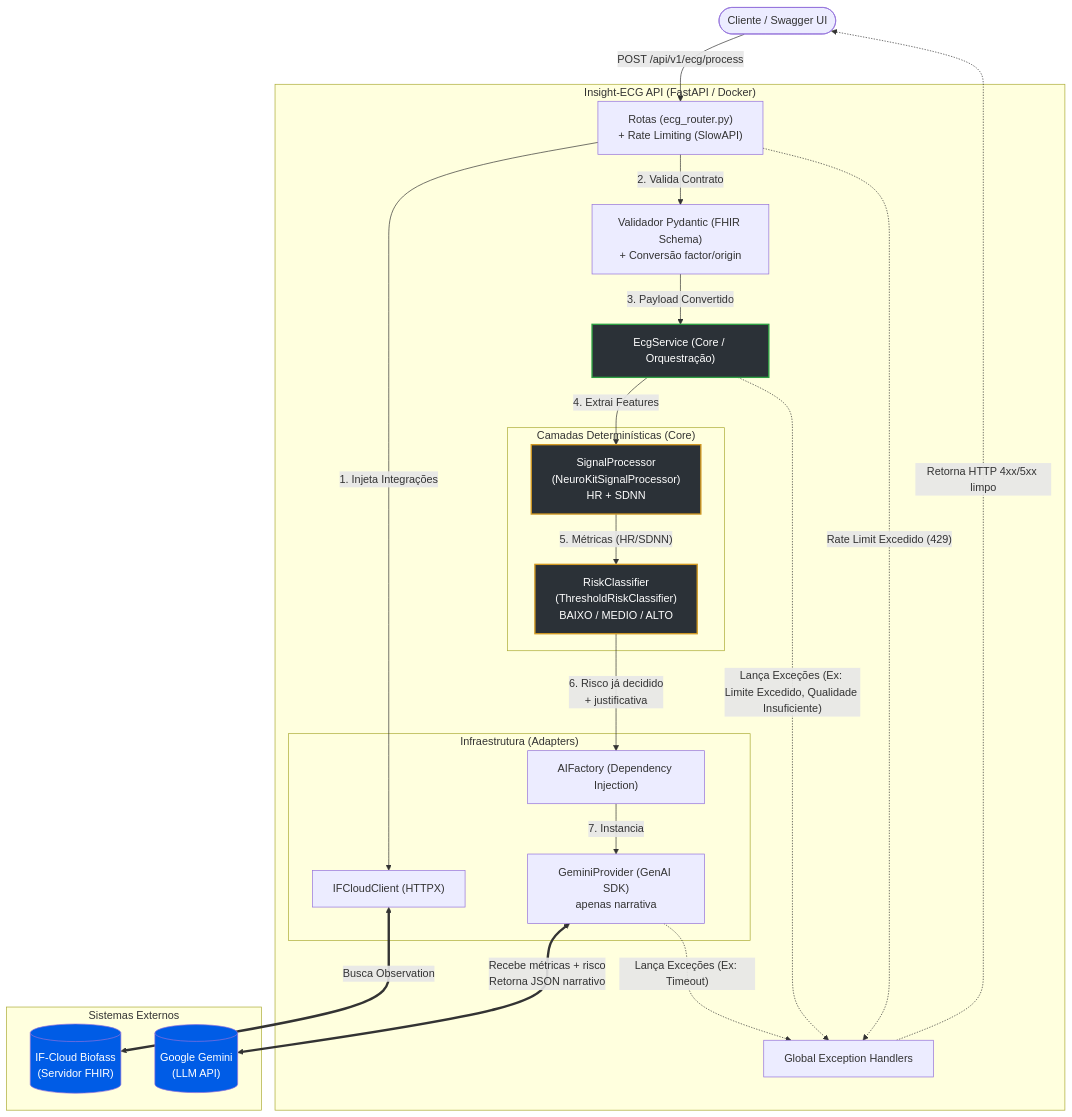
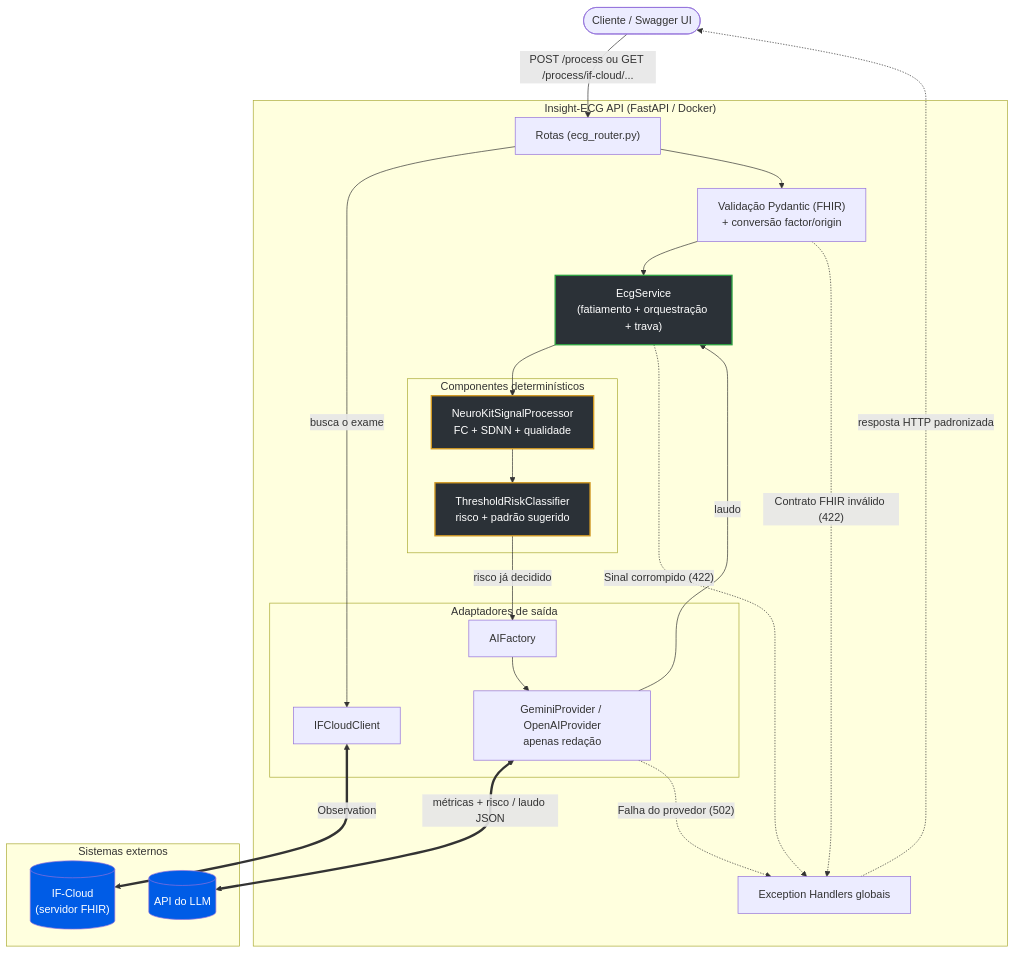
One commit to LeonardoEnnes/poc-insight-ecg-api changed the diagram in README.md. Above: the diagram before and after it, drawn with Mermaid. The commit also changed other lines of this file, not shown here.

````diff
--- a/README.md
+++ b/README.md
@@ -192,60 +194,47 @@
 ```mermaid
 flowchart TD
-    %% Atores / Clientes
     USER([Cliente / Swagger UI])
-    
-    %% Ecossistema da API
+
     subgraph "Insight-ECG API (FastAPI / Docker)"
-        
-        ROUTER["Rotas (ecg_router.py)\n+ Rate Limiting (SlowAPI)"]
-        EXC_HANDLER["Global Exception Handlers"]
-        SCHEMAS["Validador Pydantic (FHIR Schema)\n+ Conversão factor/origin"]
-        SERVICE["EcgService (Core / Orquestração)"]
-        
-        subgraph "Camadas Determinísticas (Core)"
-            DSP["SignalProcessor\n(NeuroKitSignalProcessor)\nHR + SDNN"]
-            RISK["RiskClassifier\n(ThresholdRiskClassifier)\nBAIXO / MEDIO / ALTO"]
+        ROUTER["Rotas (ecg_router.py)"]
+        EXC_HANDLER["Exception Handlers globais"]
+        SCHEMAS["Validação Pydantic (FHIR)\n+ conversão factor/origin"]
+        SERVICE["EcgService\n(fatiamento + orquestração + trava)"]
+
+        subgraph "Componentes determinísticos"
+            DSP["NeuroKitSignalProcessor\nFC + SDNN + qualidade"]
+            RISK["ThresholdRiskClassifier\nrisco + padrão sugerido"]
         end
-        
-        subgraph "Infraestrutura (Adapters)"
-            IF_CLIENT["IFCloudClient (HTTPX)"]
-            IA_FACTORY["AIFactory (Dependency Injection)"]
-            GEMINI_PROV["GeminiProvider (GenAI SDK)\napenas narrativa"]
+
+        subgraph "Adaptadores de saída"
+            IF_CLIENT["IFCloudClient"]
+            IA_FACTORY["AIFactory"]
+            PROVIDERS["GeminiProvider / OpenAIProvider\napenas redação"]
         end
     end
-    
-    %% Ecossistema Externo
-    subgraph "Sistemas Externos"
-        IF_CLOUD[("IF-Cloud Biofass\n(Servidor FHIR)")]
-        GEMINI_API[("Google Gemini\n(LLM API)")]
+
+    subgraph "Sistemas externos"
+        IF_CLOUD[("IF-Cloud\n(servidor FHIR)")]
+        LLM_API[("API do LLM")]
     end
 
-    %% Fluxos de Comunicação
-    USER -- "POST /api/v1/ecg/process" --> ROUTER
-    
-    ROUTER -- "1. Injeta Integrações" --> IF_CLIENT
-    ROUTER -- "2. Valida Contrato" --> SCHEMAS
-    
-    SCHEMAS -- "3. Payload Convertido" --> SERVICE
-    SERVICE -- "4. Extrai Features" --> DSP
-    DSP -- "5. Métricas (HR/SDNN)" --> RISK
-    RISK -- "6. Risco já decidido\n+ justificativa" --> IA_FACTORY
-    IA_FACTORY -- "7. Instancia" --> GEMINI_PROV
-    
-    %% Chamadas de Rede
-    IF_CLIENT <== "Busca Observation" ==> IF_CLOUD
-    GEMINI_PROV <== "Recebe métricas + risco\nRetorna JSON narrativo" ==> GEMINI_API
-    
-    %% Fluxo de Erro
-    SERVICE -. "Lança Exceções (Ex: Limite Excedido, Qualidade Insuficiente)" .-> EXC_HANDLER
-    GEMINI_PROV -. "Lança Exceções (Ex: Timeout)" .-> EXC_HANDLER
-    ROUTER -. "Rate Limit Excedido (429)" .-> EXC_HANDLER
-    EXC_HANDLER -. "Retorna HTTP 4xx/5xx limpo" .-> USER
+    USER -- "POST /process ou GET /process/if-cloud/..." --> ROUTER
+    ROUTER -- "busca o exame" --> IF_CLIENT
+    IF_CLIENT <== "Observation" ==> IF_CLOUD
+    ROUTER --> SCHEMAS --> SERVICE
+    SERVICE --> DSP --> RISK
+    RISK -- "risco já decidido" --> IA_FACTORY --> PROVIDERS
+    PROVIDERS <== "métricas + risco / laudo JSON" ==> LLM_API
+    PROVIDERS -- "laudo" --> SERVICE
 
-    %% Estilização para o GitHub
+    SERVICE -. "Sinal corrompido (422)" .-> EXC_HANDLER
+    SCHEMAS -. "Contrato FHIR inválido (422)" .-> EXC_HANDLER
+    PROVIDERS -. "Falha do provedor (502)" .-> EXC_HANDLER
+    EXC_HANDLER -. "resposta HTTP padronizada" .-> USER
+
     style SERVICE fill:#2b3137,stroke:#2ea043,stroke-width:2px,color:#fff
     style DSP fill:#2b3137,stroke:#d29922,stroke-width:2px,color:#fff
     style RISK fill:#2b3137,stroke:#d29922,stroke-width:2px,color:#fff
-    style GEMINI_API fill:#005ce6,color:#fff
+    style LLM_API fill:#005ce6,color:#fff
     style IF_CLOUD fill:#005ce6,color:#fff
 ```
````
